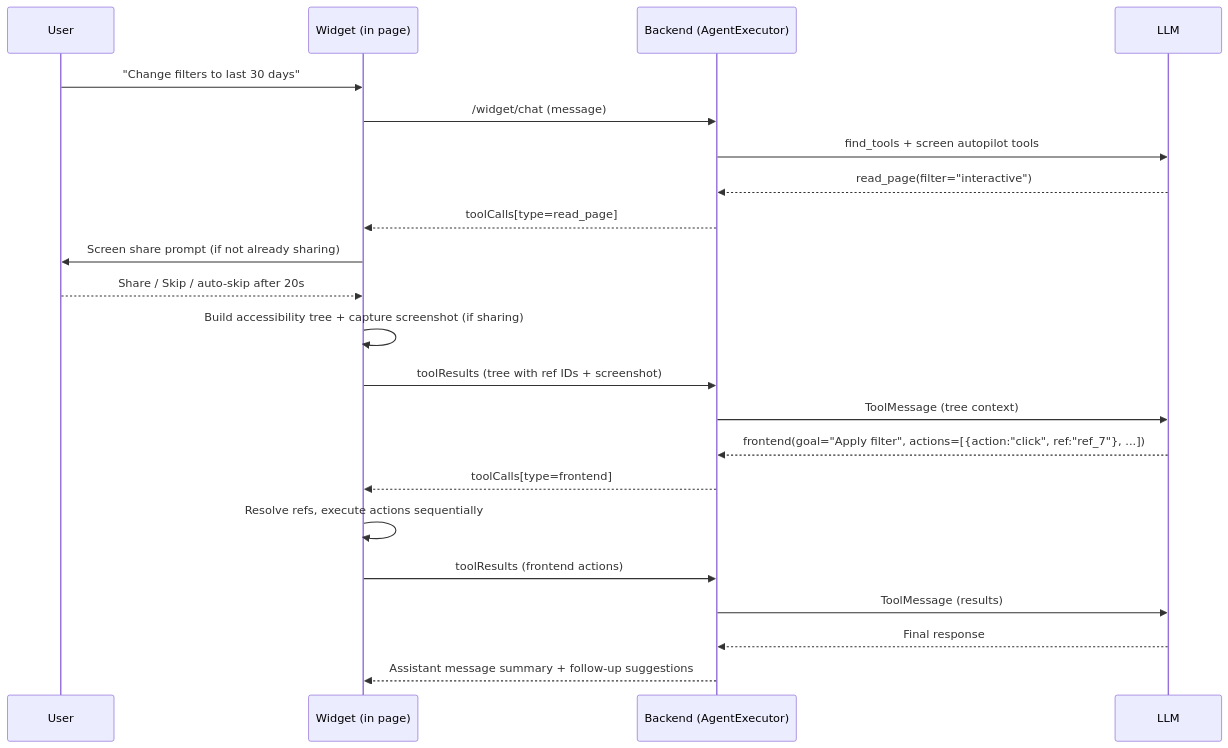
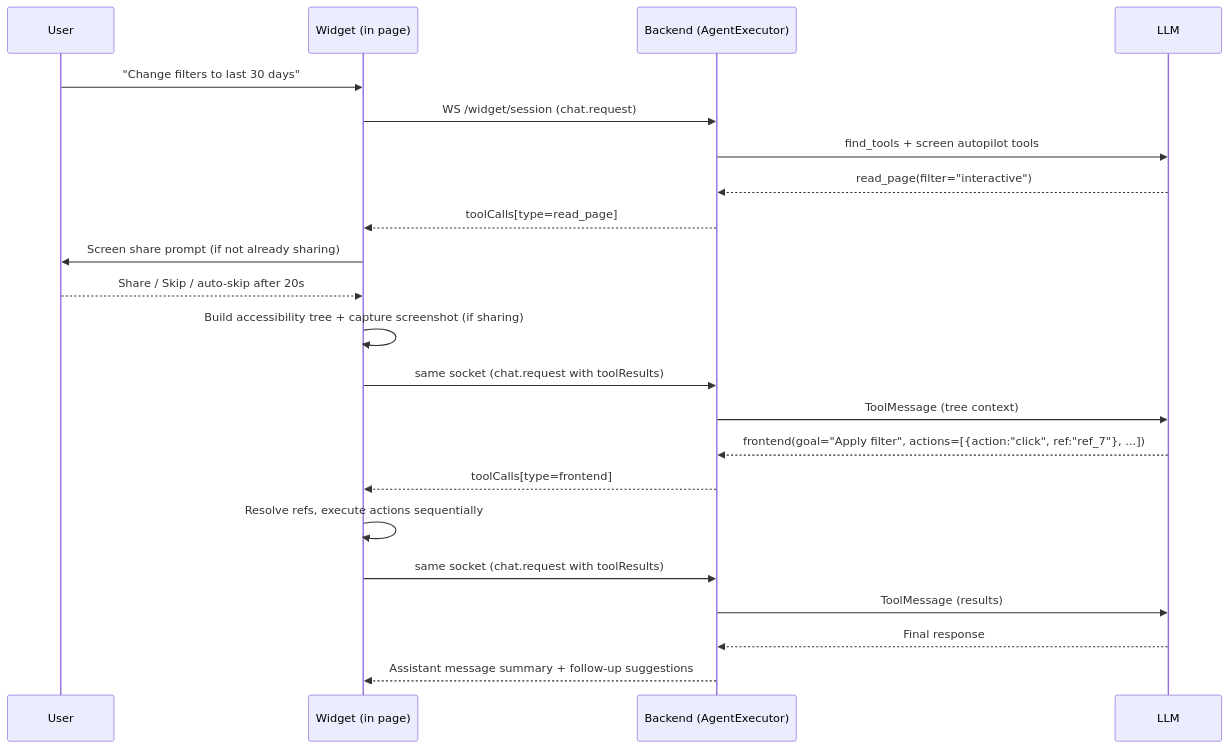
One commit to mostafasudo/warpy changed the first of 2 diagrams in docs/frontend-agent.md. Above: the diagram before and after it, drawn with Mermaid. The commit also changed other lines of this file and 41 other files, not shown here.

Commit message:
Harden widget request execution

````diff
--- a/docs/frontend-agent.md
+++ b/docs/frontend-agent.md
@@ -61,25 +61,25 @@
 ```mermaid
 sequenceDiagram
   participant U as User
   participant W as Widget (in page)
   participant B as Backend (AgentExecutor)
   participant L as LLM
 
   U->>W: "Change filters to last 30 days"
-  W->>B: /widget/chat (message)
+  W->>B: WS /widget/session (chat.request)
   B->>L: find_tools + screen autopilot tools
   L-->>B: read_page(filter="interactive")
   B-->>W: toolCalls[type=read_page]
   W->>U: Screen share prompt (if not already sharing)
   U-->>W: Share / Skip / auto-skip after 20s
   W->>W: Build accessibility tree + capture screenshot (if sharing)
-  W->>B: toolResults (tree with ref IDs + screenshot)
+  W->>B: same socket (chat.request with toolResults)
   B->>L: ToolMessage (tree context)
   L-->>B: frontend(goal="Apply filter", actions=[{action:"click", ref:"ref_7"}, ...])
   B-->>W: toolCalls[type=frontend]
   W->>W: Resolve refs, execute actions sequentially
-  W->>B: toolResults (frontend actions)
+  W->>B: same socket (chat.request with toolResults)
   B->>L: ToolMessage (results)
   L-->>B: Final response
   B-->>W: Assistant message summary + follow-up suggestions
 ```
````
